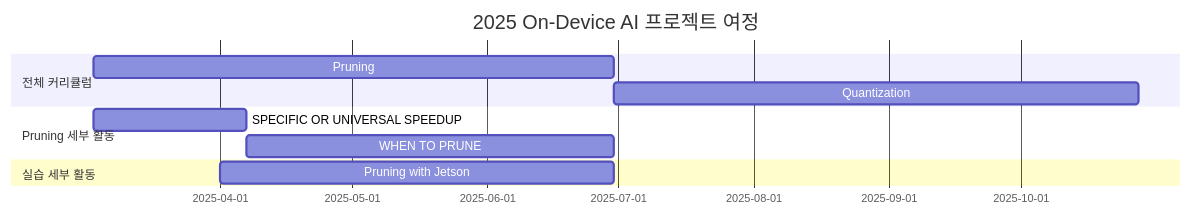
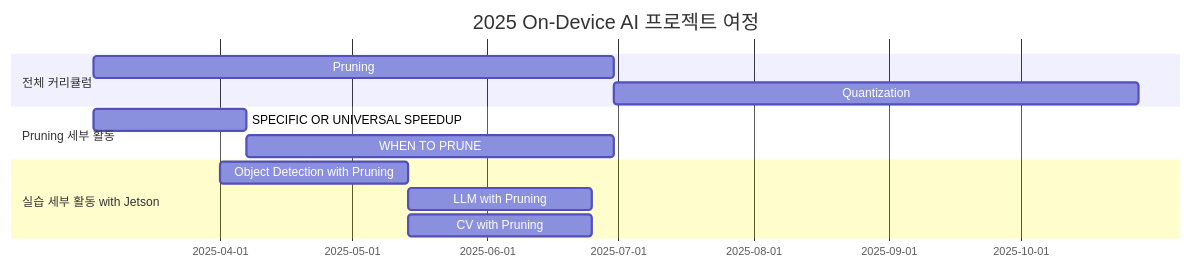
One commit to Pseudo-Lab/On-Device-AI_On-The-AIr changed the diagram in README.md. Above: the diagram before and after it, drawn with Mermaid. The commit also changed other lines of this file, not shown here.

````diff
--- a/README.md
+++ b/README.md
@@ -49,14 +49,16 @@
 ```mermaid
 gantt
     title 2025 On-Device AI 프로젝트 여정
     section 전체 커리큘럼
     Pruning      :a1, 2025-03-03, 119d
     Quantization :a2, after a1, 120d
 
     section Pruning 세부 활동
     SPECIFIC OR UNIVERSAL SPEEDUP   :b1, 2025-03-03, 35d
     WHEN TO PRUNE                   :b2, after b1, 84d
 
-    section 실습 세부 활동
-    Pruning with Jetson  :c1, 2025-04-01, 90d
+    section 실습 세부 활동 with Jetson
+    Object Detection with Pruning   :c1, 2025-04-01, 43d
+    LLM with Pruning                :c2, after c1, 42d
+    CV with Pruning                 :c3, after c1, 42d
 ```
````
